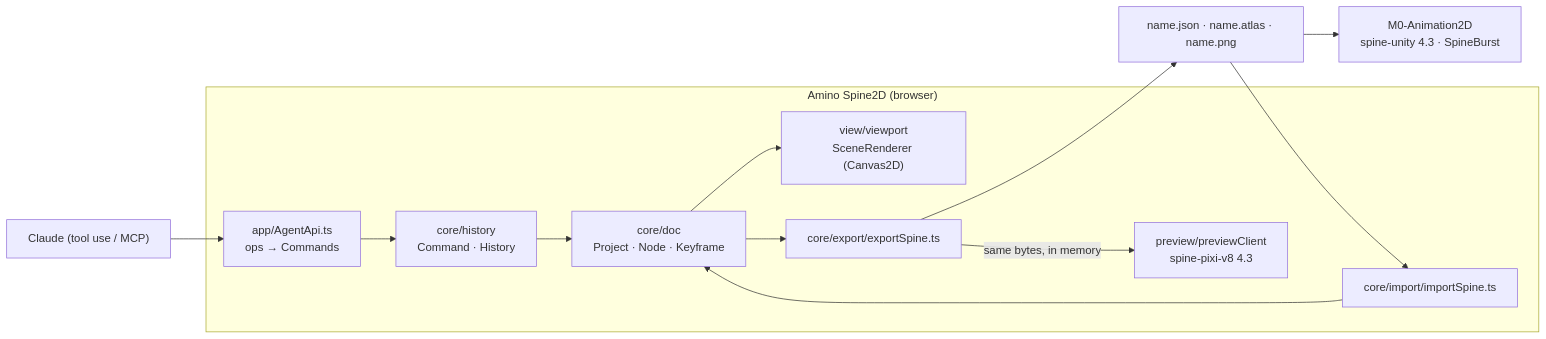
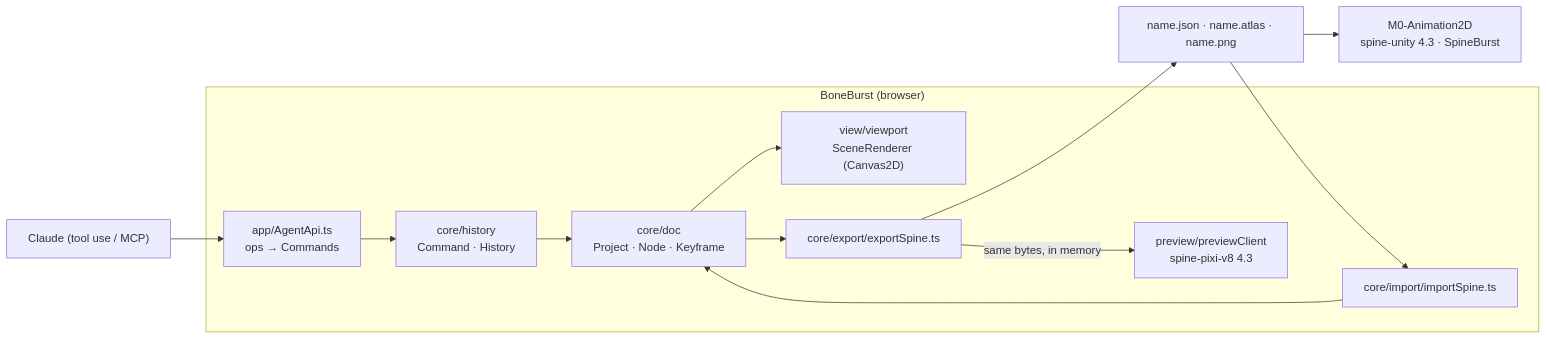
Before and after one commit to 12pnp/M0-Animation-2D: the diagram in docs/PLAN.md, drawn with Mermaid. The commit also changed other lines of this file and 21 other files, not shown here.

Commit message:
The app is BoneBurst: title, About, docs, and the AI bridge (boneburst-bridge.mjs, BONEBURST_* with AMINO_* still read, ~/.boneburst-bridge.json)

````diff
--- a/docs/PLAN.md
+++ b/docs/PLAN.md
@@ -9,23 +9,23 @@
 ```mermaid
 flowchart LR
-    subgraph EDITOR["Amino Spine2D (browser)"]
+    subgraph EDITOR["BoneBurst (browser)"]
         DOC["core/doc<br/>Project · Node · Keyframe"]
         HIST["core/history<br/>Command · History"]
         EXP["core/export/exportSpine.ts"]
         IMP["core/import/importSpine.ts"]
         AGENT["app/AgentApi.ts<br/>ops → Commands"]
         STAGE["view/viewport<br/>SceneRenderer (Canvas2D)"]
         PREV["preview/previewClient<br/>spine-pixi-v8 4.3"]
     end
     SPINE["name.json · name.atlas · name.png"]
     AI["Claude (tool use / MCP)"]
     UNITY["M0-Animation2D<br/>spine-unity 4.3 · SpineBurst"]
     IMP --> DOC
     AGENT --> HIST --> DOC
     DOC --> STAGE
     DOC --> EXP --> SPINE
     EXP -->|"same bytes, in memory"| PREV
     SPINE --> IMP
     SPINE --> UNITY
     AI --> AGENT
 ```
````
